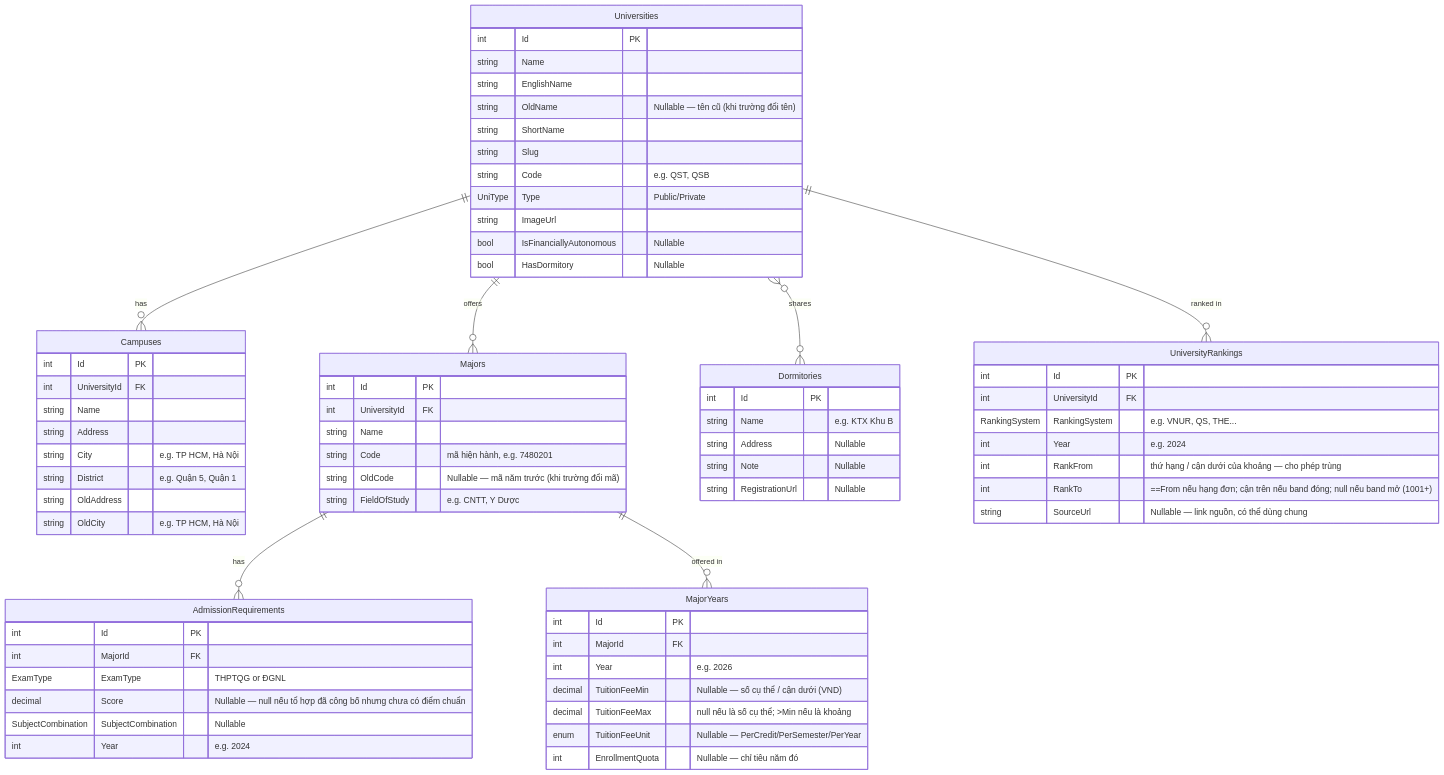
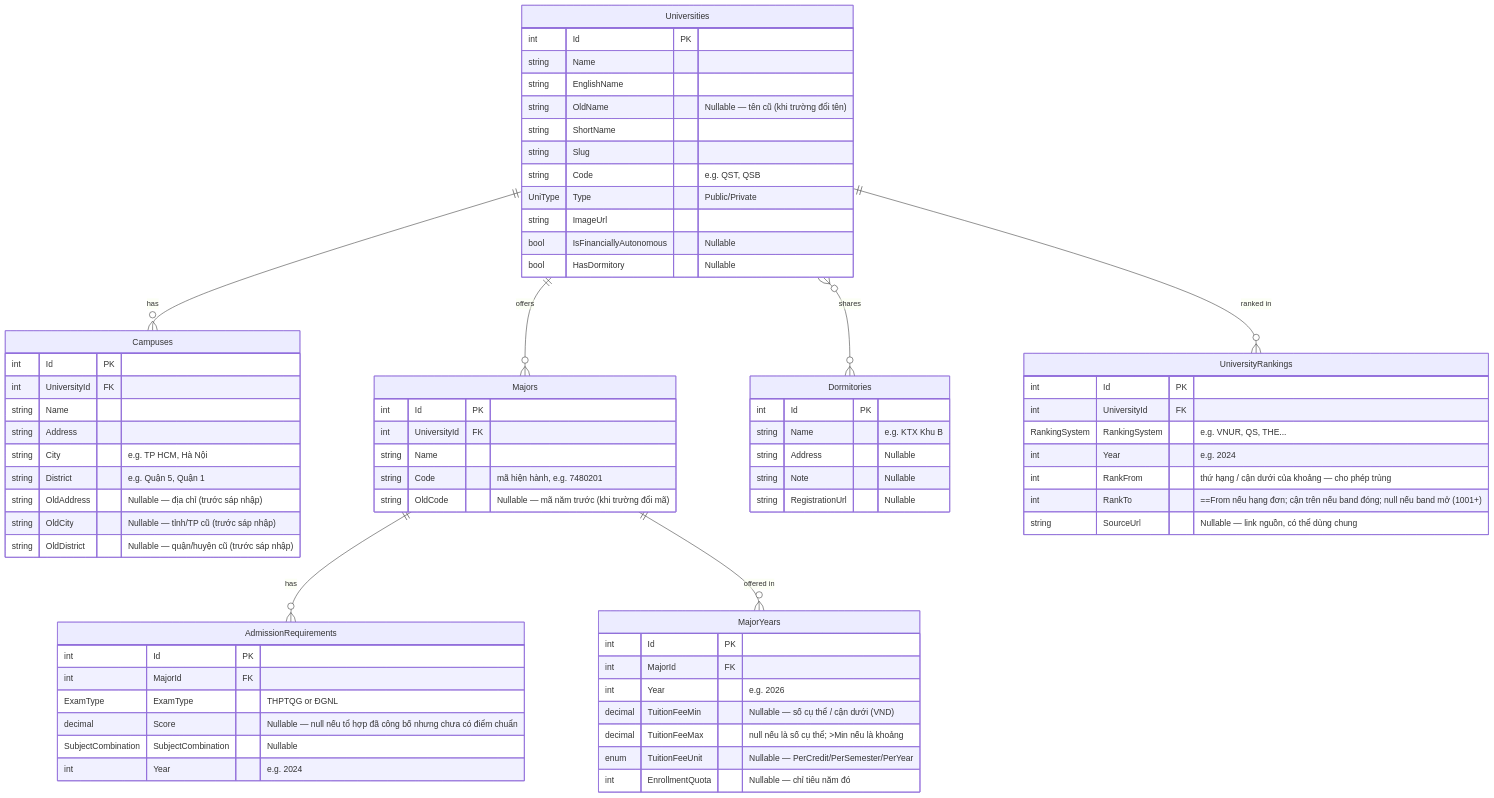
The diagram in docs/ER-model.md (longhuynhdev/TimTruong), drawn with Mermaid before and after one commit. The commit also changed 4 other files, not shown here.

Commit message:
refactor(schema): drop Major.FieldOfStudy, add Campus.OldDistrict

````diff
--- a/docs/ER-model.md
+++ b/docs/ER-model.md
@@ -1,80 +1,80 @@
 ```mermaid
 erDiagram
     Universities ||--o{ Campuses : "has"
     Universities ||--o{ Majors : "offers"
     Universities }o--o{ Dormitories : "shares"
     Universities ||--o{ UniversityRankings : "ranked in"
     Majors ||--o{ AdmissionRequirements : "has"
     Majors ||--o{ MajorYears : "offered in"
 
     Universities {
         int Id PK
         string Name
         string EnglishName
         string OldName "Nullable — tên cũ (khi trường đổi tên)"
         string ShortName
         string Slug
         string Code "e.g. QST, QSB"
         UniType Type "Public/Private"
         string ImageUrl
         bool IsFinanciallyAutonomous "Nullable"
         bool HasDormitory "Nullable"
     }
 
     Dormitories {
         int Id PK
         string Name "e.g. KTX Khu B"
         string Address "Nullable"
         string Note "Nullable"
         string RegistrationUrl "Nullable"
     }
 
     Campuses {
         int Id PK
         int UniversityId FK
         string Name
         string Address
         string City "e.g. TP HCM, Hà Nội"
         string District "e.g. Quận 5, Quận 1"
-        string OldAddress
-        string OldCity "e.g. TP HCM, Hà Nội"
+        string OldAddress "Nullable — địa chỉ (trước sáp nhập)"
+        string OldCity "Nullable — tỉnh/TP cũ (trước sáp nhập)"
+        string OldDistrict "Nullable — quận/huyện cũ (trước sáp nhập)"
     }
 
     Majors {
         int Id PK
         int UniversityId FK
         string Name
         string Code "mã hiện hành, e.g. 7480201"
         string OldCode "Nullable — mã năm trước (khi trường đổi mã)"
-        string FieldOfStudy "e.g. CNTT, Y Dược"
     }
 
     MajorYears {
         int Id PK
         int MajorId FK
         int Year "e.g. 2026"
         decimal TuitionFeeMin "Nullable — số cụ thể / cận dưới (VND)"
         decimal TuitionFeeMax "null nếu là số cụ thể; >Min nếu là khoảng"
         enum TuitionFeeUnit "Nullable — PerCredit/PerSemester/PerYear"
         int EnrollmentQuota "Nullable — chỉ tiêu năm đó"
     }
 
     AdmissionRequirements {
         int Id PK
         int MajorId FK
         ExamType ExamType "THPTQG or ĐGNL"
         decimal Score "Nullable — null nếu tổ hợp đã công bố nhưng chưa có điểm chuẩn"
         SubjectCombination SubjectCombination "Nullable"
         int Year "e.g. 2024"
     }
 
     UniversityRankings {
         int Id PK
         int UniversityId FK
         RankingSystem RankingSystem "e.g. VNUR, QS, THE..."
         int Year "e.g. 2024"
         int RankFrom "thứ hạng / cận dưới của khoảng — cho phép trùng"
         int RankTo "==From nếu hạng đơn; cận trên nếu band đóng; null nếu band mở (1001+)"
         string SourceUrl "Nullable — link nguồn, có thể dùng chung"
     }
 ```    
````
